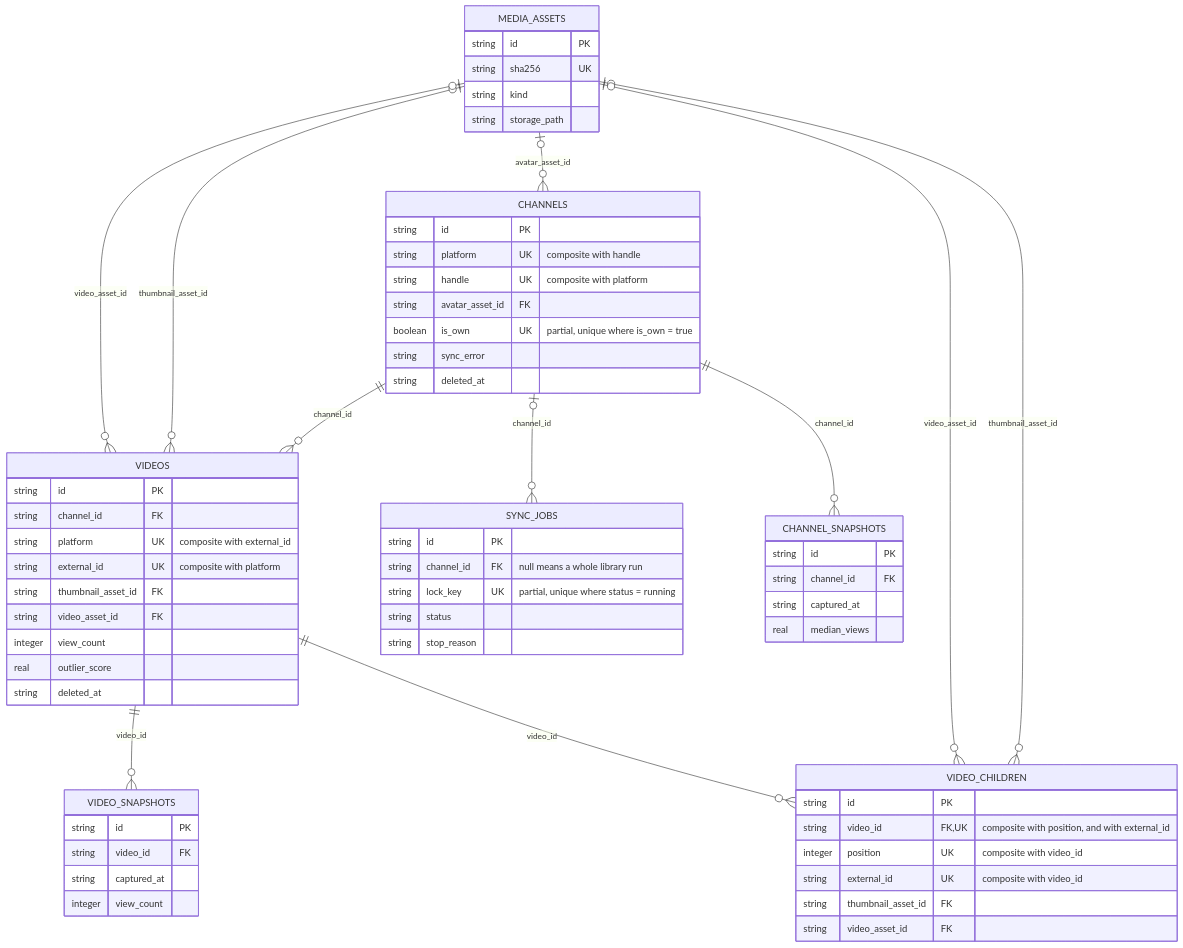
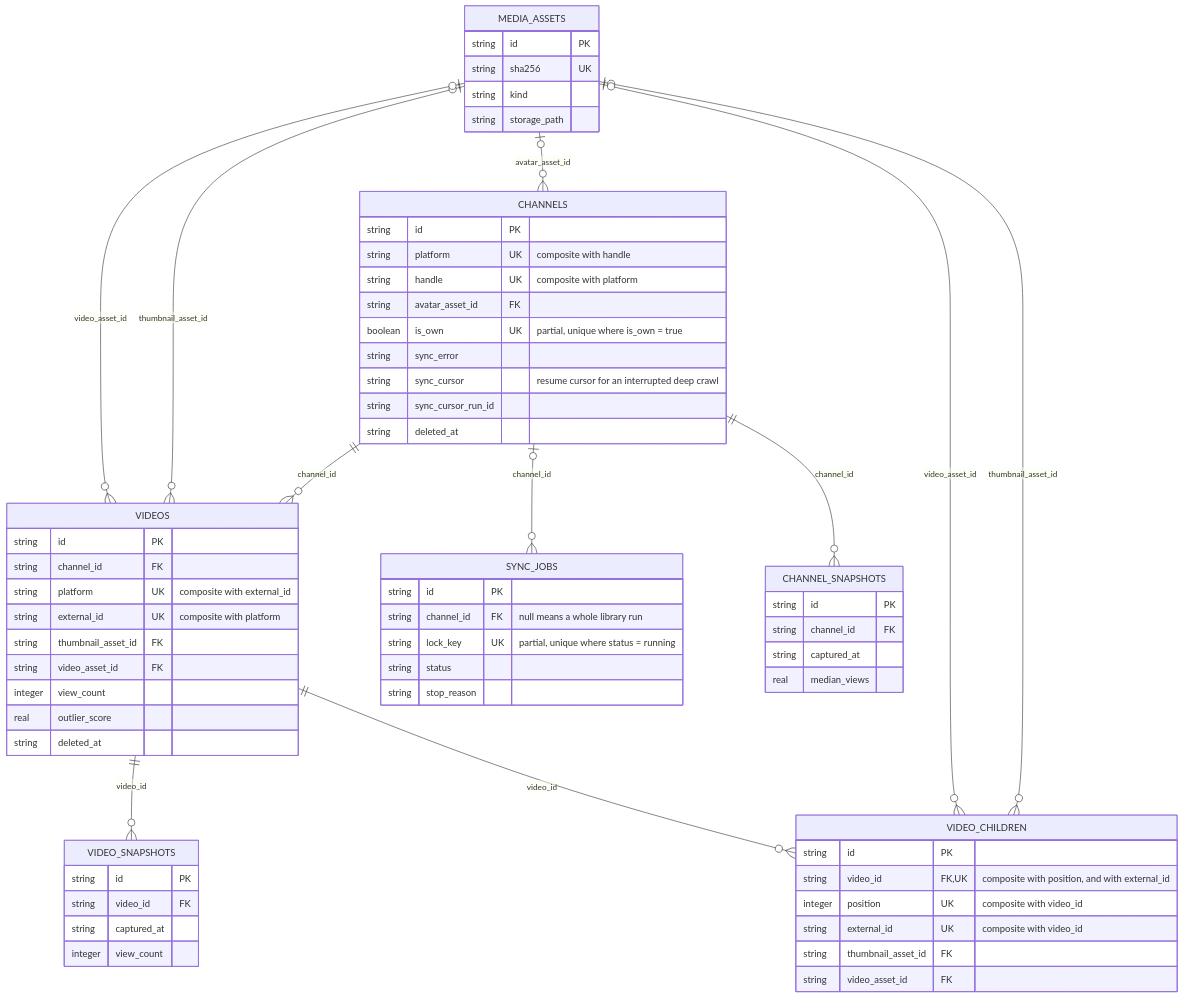
One commit to Kaiships-ai/crowsnest changed the first of 2 diagrams in documents/architect/core-components/ig-sync/02-architecture.md. Above: the diagram before and after it, drawn with Mermaid. The commit also changed other lines of this file and 4 other files, not shown here.

First line of the commit message:
docs(ig-sync): document concurrency, resume, error classes, batching, monitoring

````diff
--- a/documents/architect/core-components/ig-sync/02-architecture.md
+++ b/documents/architect/core-components/ig-sync/02-architecture.md
@@ -40,67 +42,69 @@
 ```mermaid
 erDiagram
     CHANNELS ||--o{ VIDEOS : "channel_id"
     CHANNELS |o--o{ SYNC_JOBS : "channel_id"
     CHANNELS ||--o{ CHANNEL_SNAPSHOTS : "channel_id"
     MEDIA_ASSETS |o--o{ CHANNELS : "avatar_asset_id"
     MEDIA_ASSETS |o--o{ VIDEOS : "thumbnail_asset_id"
     MEDIA_ASSETS |o--o{ VIDEOS : "video_asset_id"
     MEDIA_ASSETS |o--o{ VIDEO_CHILDREN : "thumbnail_asset_id"
     MEDIA_ASSETS |o--o{ VIDEO_CHILDREN : "video_asset_id"
     VIDEOS ||--o{ VIDEO_CHILDREN : "video_id"
     VIDEOS ||--o{ VIDEO_SNAPSHOTS : "video_id"
 
     CHANNELS {
         string id PK
         string platform UK "composite with handle"
         string handle UK "composite with platform"
         string avatar_asset_id FK
         boolean is_own UK "partial, unique where is_own = true"
         string sync_error
+        string sync_cursor "resume cursor for an interrupted deep crawl"
+        string sync_cursor_run_id
         string deleted_at
     }
     VIDEOS {
         string id PK
         string channel_id FK
         string platform UK "composite with external_id"
         string external_id UK "composite with platform"
         string thumbnail_asset_id FK
         string video_asset_id FK
         integer view_count
         real outlier_score
         string deleted_at
     }
     VIDEO_CHILDREN {
         string id PK
         string video_id FK, UK "composite with position, and with external_id"
         integer position UK "composite with video_id"
         string external_id UK "composite with video_id"
         string thumbnail_asset_id FK
         string video_asset_id FK
     }
     MEDIA_ASSETS {
         string id PK
         string sha256 UK
         string kind
         string storage_path
     }
     CHANNEL_SNAPSHOTS {
         string id PK
         string channel_id FK
         string captured_at
         real median_views
     }
     VIDEO_SNAPSHOTS {
         string id PK
         string video_id FK
         string captured_at
         integer view_count
     }
     SYNC_JOBS {
         string id PK
         string channel_id FK "null means a whole library run"
         string lock_key UK "partial, unique where status = running"
         string status
         string stop_reason
     }
 ```
````
